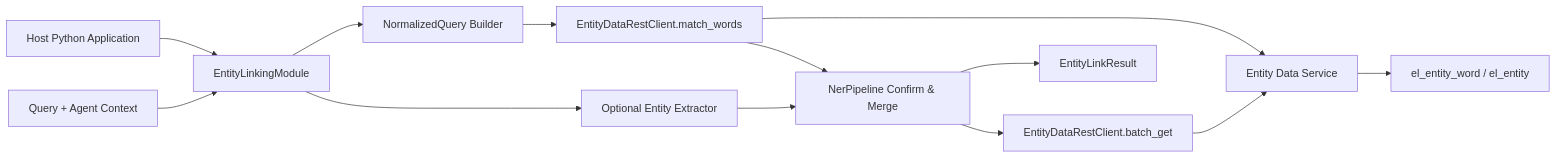
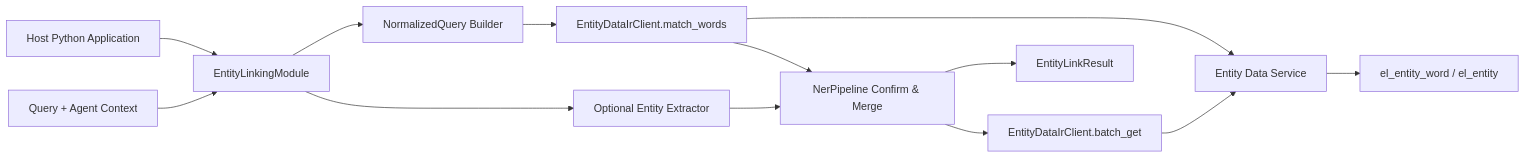
The diagram in docs/baselines/v4/SR.md (zhiwuli0228/DVEntityLinking_V3), drawn with Mermaid before and after one commit. The commit also changed other lines of this file and 54 other files, not shown here.

````diff
--- a/docs/baselines/v4/SR.md
+++ b/docs/baselines/v4/SR.md
@@ -68,15 +73,15 @@
 ```mermaid
 flowchart LR
   H["Host Python Application"] --> F["EntityLinkingModule"]
   Q["Query + Agent Context"] --> F
   F --> N["NormalizedQuery Builder"]
   F --> X["Optional Entity Extractor"]
-  N --> C["EntityDataRestClient.match_words"]
+  N --> C["EntityDataIrClient.match_words"]
   C --> D["Entity Data Service"]
   D --> DB["el_entity_word / el_entity"]
   C --> P["NerPipeline Confirm & Merge"]
   X --> P
-  P --> B["EntityDataRestClient.batch_get"]
+  P --> B["EntityDataIrClient.batch_get"]
   B --> D
   P --> R["EntityLinkResult"]
 ```
````
